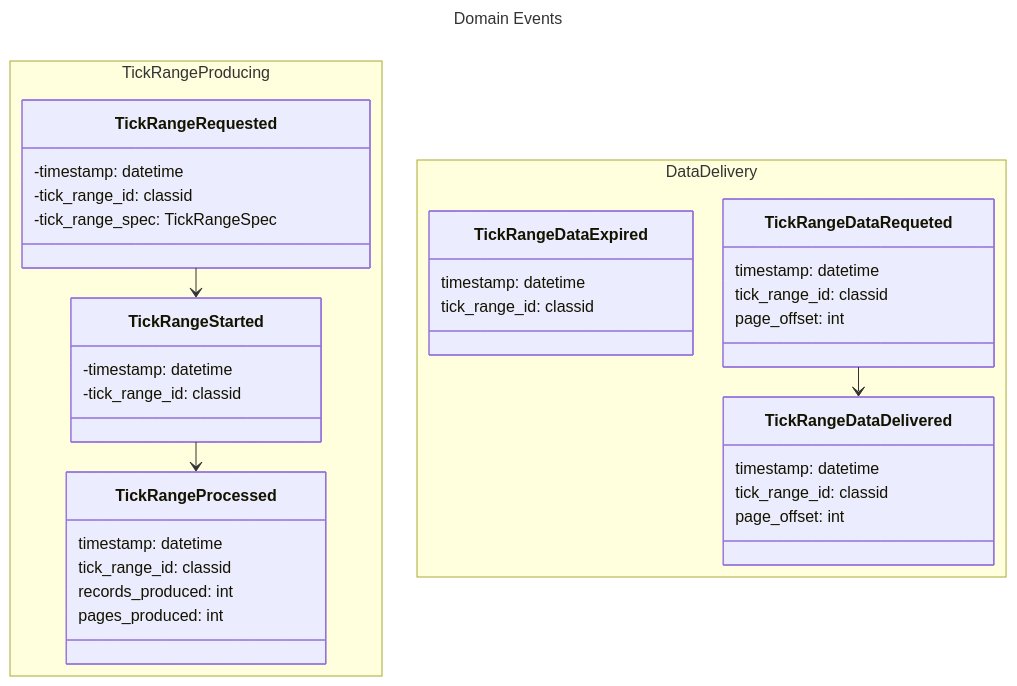
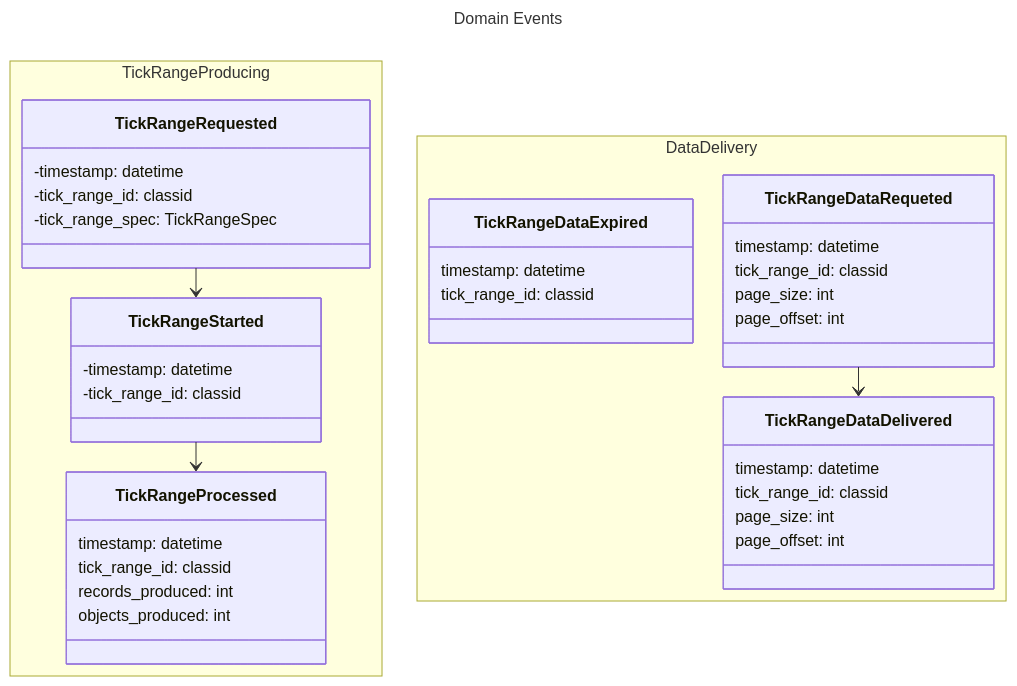
One commit to mchiuminatto/synthetick changed the third of 4 diagrams in docs/design/domain-analysis.md. Above: the diagram before and after it, drawn with Mermaid. The commit also changed other lines of this file and 2 other files, not shown here.

````diff
--- a/docs/design/domain-analysis.md
+++ b/docs/design/domain-analysis.md
@@ -146,57 +152,59 @@
 ```mermaid
 ---
 config:
   theme: default
   look: classic
   layout: elk
 title: Domain Events
 ---
 classDiagram
   direction TB
   namespace TickRangeProducing{
 
     class TickRangeRequested{
       -timestamp: datetime
       -tick_range_id: classid
       -tick_range_spec: TickRangeSpec
     }
 
     class TickRangeStarted{
       -timestamp: datetime
       -tick_range_id: classid
     }
 
     class TickRangeProcessed{
       timestamp: datetime
       tick_range_id: classid
       records_produced: int
-      pages_produced: int
+      objects_produced: int
     }
   }
 
   namespace DataDelivery{
     class TickRangeDataRequeted{
       timestamp: datetime
       tick_range_id: classid
+      page_size: int
       page_offset: int
       
     }
 
     class TickRangeDataDelivered{
       timestamp: datetime
       tick_range_id: classid
+      page_size: int
       page_offset: int
     }
 
     class TickRangeDataExpired{
       timestamp: datetime
       tick_range_id: classid
     }
   }
   TickRangeRequested --> TickRangeStarted
   TickRangeStarted --> TickRangeProcessed
   TickRangeDataRequeted --> TickRangeDataDelivered
 
 
 
 ```
````
